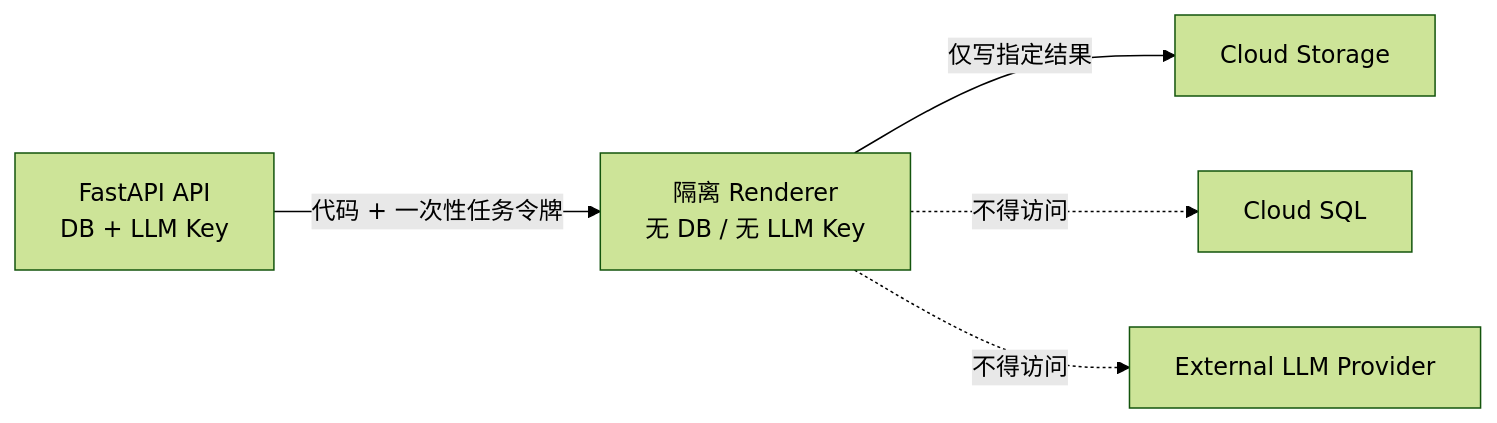
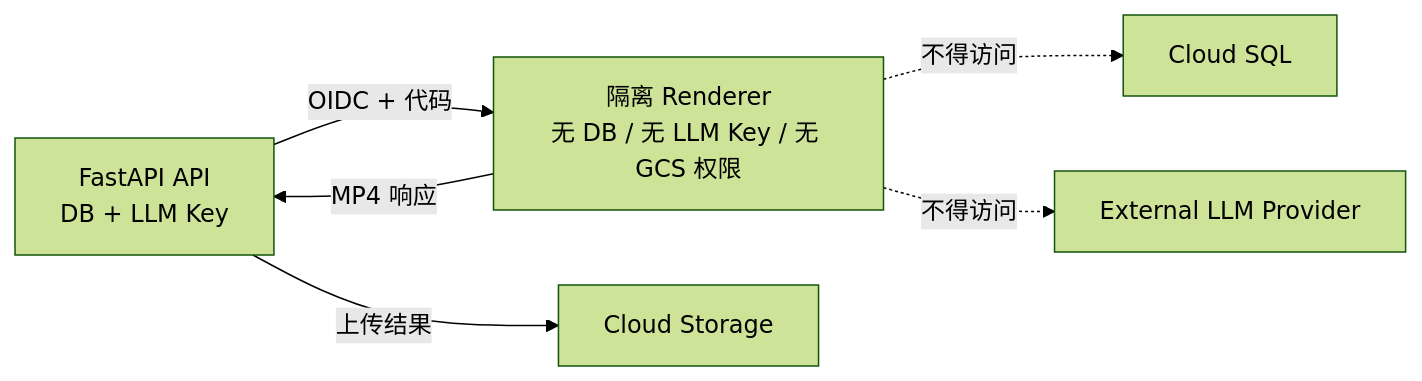
Before and after one commit to avarzhou-ctrl/Chalksmith.ai: the fifth of 5 diagrams in REFACTOR.md, drawn with Mermaid (forest theme). The commit also changed other lines of this file and 5343 other files, not shown here.

````diff
--- a/REFACTOR.md
+++ b/REFACTOR.md
@@ -689,7 +750,8 @@
 ```mermaid
 flowchart LR
-    API["FastAPI API<br/>DB + LLM Key"] -->|代码 + 一次性任务令牌| Runner["隔离 Renderer<br/>无 DB / 无 LLM Key"]
-    Runner -->|仅写指定结果| Bucket["Cloud Storage"]
+    API["FastAPI API<br/>DB + LLM Key"] -->|OIDC + 代码| Runner["隔离 Renderer<br/>无 DB / 无 LLM Key / 无 GCS 权限"]
+    Runner -->|MP4 响应| API
+    API -->|上传结果| Bucket["Cloud Storage"]
     Runner -.->|不得访问| SQL["Cloud SQL"]
     Runner -.->|不得访问| LLM["External LLM Provider"]
 ```
````
